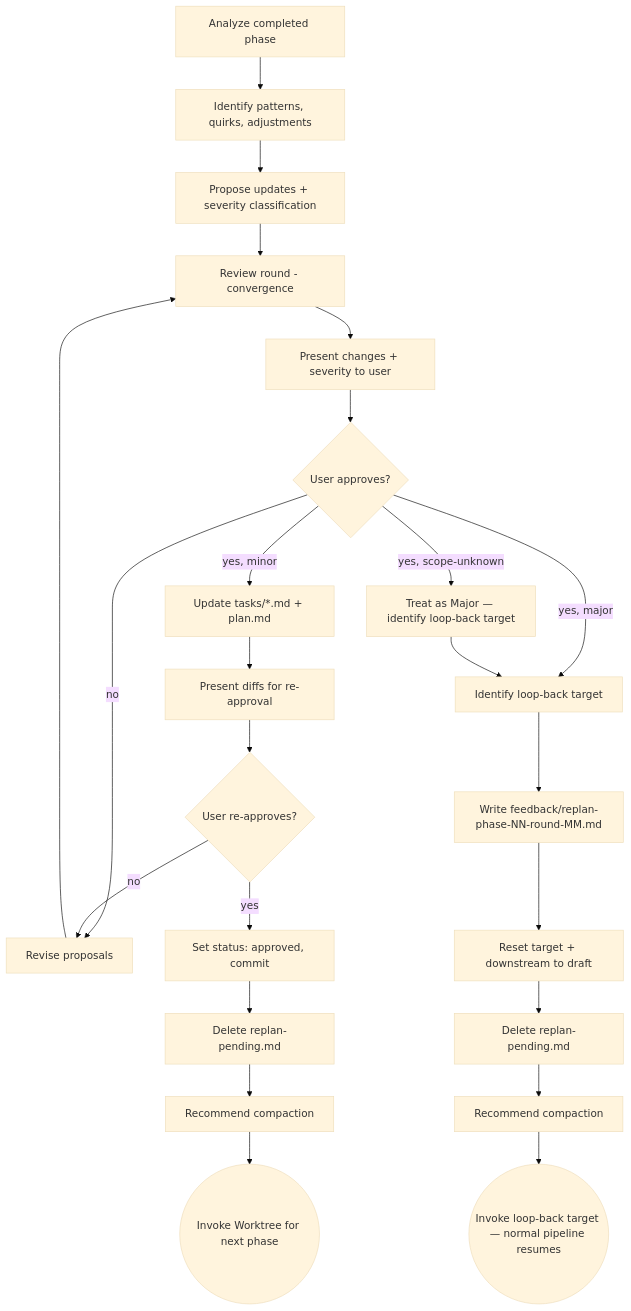
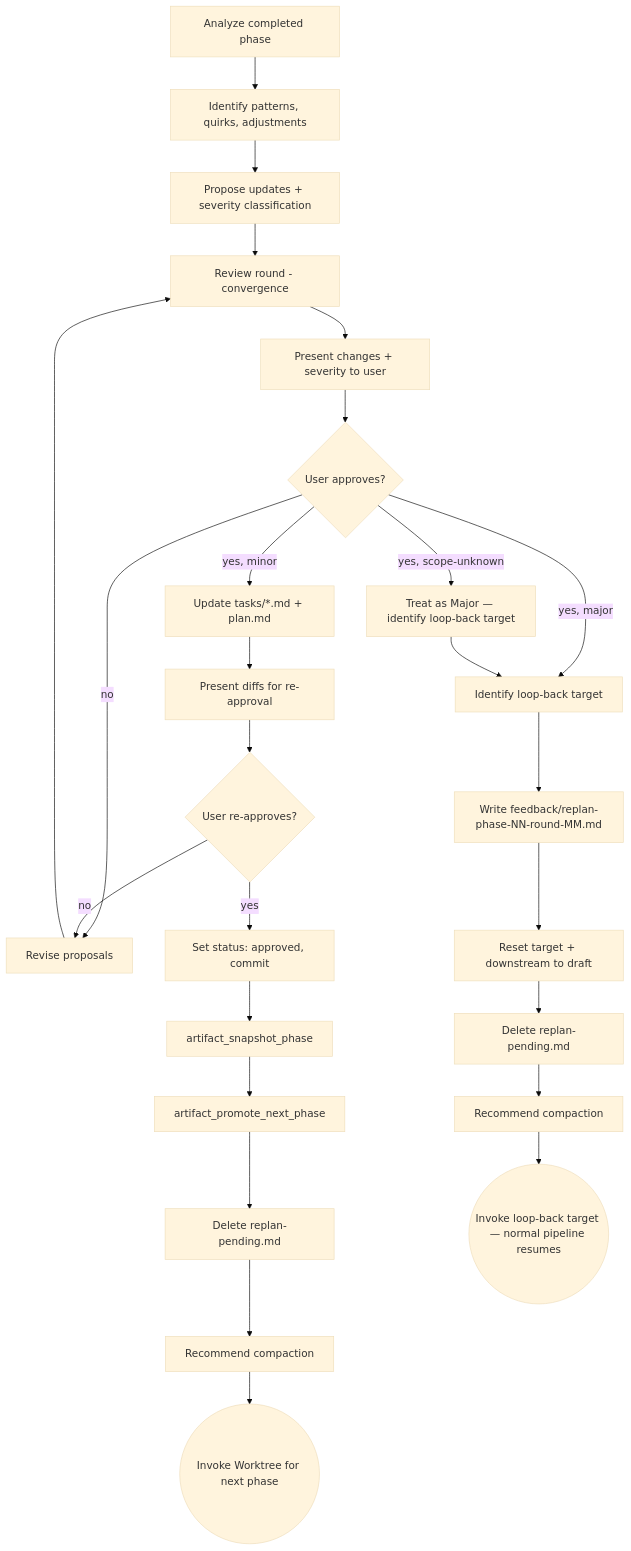
One commit to dfrysinger/qrspi-plus changed the diagram in skills/replan/SKILL.md. Above: the diagram before and after it, drawn with Mermaid (base theme). The commit also changed other lines of this file and 3 other files, not shown here.

First line of the commit message:
feat(qrspi): add phase snapshot/promotion functions (M25)

````diff
--- a/skills/replan/SKILL.md
+++ b/skills/replan/SKILL.md
@@ -53,26 +53,28 @@
 ```mermaid
 flowchart TD
     A[Analyze completed phase] --> B[Identify patterns, quirks, adjustments]
     B --> C[Propose updates + severity classification]
     C --> D[Review round - convergence]
     D --> E[Present changes + severity to user]
     E --> F{User approves?}
     F -->|no| G[Revise proposals]
     G --> D
     F -->|yes, minor| H[Update tasks/*.md + plan.md]
     H --> I[Present diffs for re-approval]
     I --> J{User re-approves?}
     J -->|no| G
     J -->|yes| K[Set status: approved, commit]
-    K --> L[Delete replan-pending.md]
+    K --> K2[artifact_snapshot_phase]
+    K2 --> K3[artifact_promote_next_phase]
+    K3 --> L[Delete replan-pending.md]
     L --> L2[Recommend compaction]
     L2 --> M((Invoke Worktree for next phase))
     F -->|yes, major| N[Identify loop-back target]
     N --> N2[Write feedback/replan-phase-NN-round-MM.md]
     N2 --> N3[Reset target + downstream to draft]
     N3 --> N4[Delete replan-pending.md]
     N4 --> N5[Recommend compaction]
     N5 --> O((Invoke loop-back target — normal pipeline resumes))
     F -->|yes, scope-unknown| P[Treat as Major — identify loop-back target]
     P --> N
 ```
````
